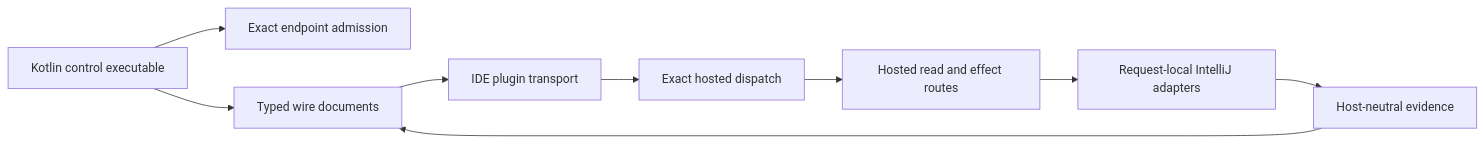
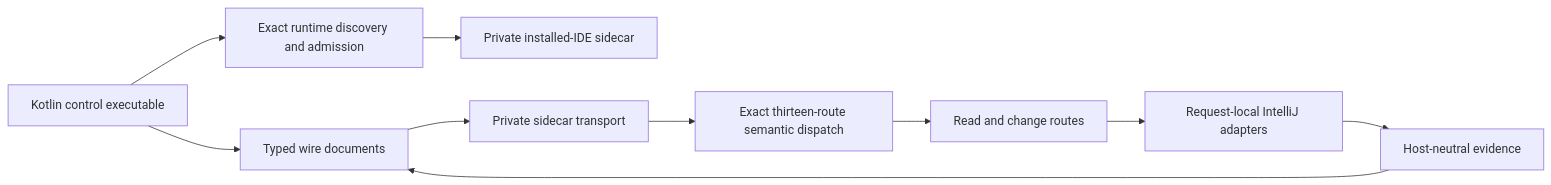
One commit to amichne/kast changed the second of 2 diagrams in docs/public/explanation/how-kast-works.mdx. Above: the diagram before and after it, drawn with Mermaid. The commit also changed other lines of this file and 129 other files, not shown here.

First line of the commit message:
feat: add plugin-free IntelliJ sidecar (#654)

````diff
--- a/docs/public/explanation/how-kast-works.mdx
+++ b/docs/public/explanation/how-kast-works.mdx
@@ -128,11 +154,12 @@
     ```mermaid placement="top-right" actions={true}
     flowchart LR
-        CLI[Kotlin control executable] --> ADMIT[Exact endpoint admission]
+        CLI[Kotlin control executable] --> ADMIT[Exact runtime discovery and admission]
         CLI --> WIRE[Typed wire documents]
-        WIRE --> TRANSPORT[IDE plugin transport]
-        TRANSPORT --> DISPATCH[Exact hosted dispatch]
-        DISPATCH --> ROUTES[Hosted read and effect routes]
+        ADMIT --> SIDECAR[Private installed-IDE sidecar]
+        WIRE --> TRANSPORT[Private sidecar transport]
+        TRANSPORT --> DISPATCH[Exact thirteen-route semantic dispatch]
+        DISPATCH --> ROUTES[Read and change routes]
         ROUTES --> K2[Request-local IntelliJ adapters]
         K2 --> EVIDENCE[Host-neutral evidence]
         EVIDENCE --> WIRE
     ```
````
